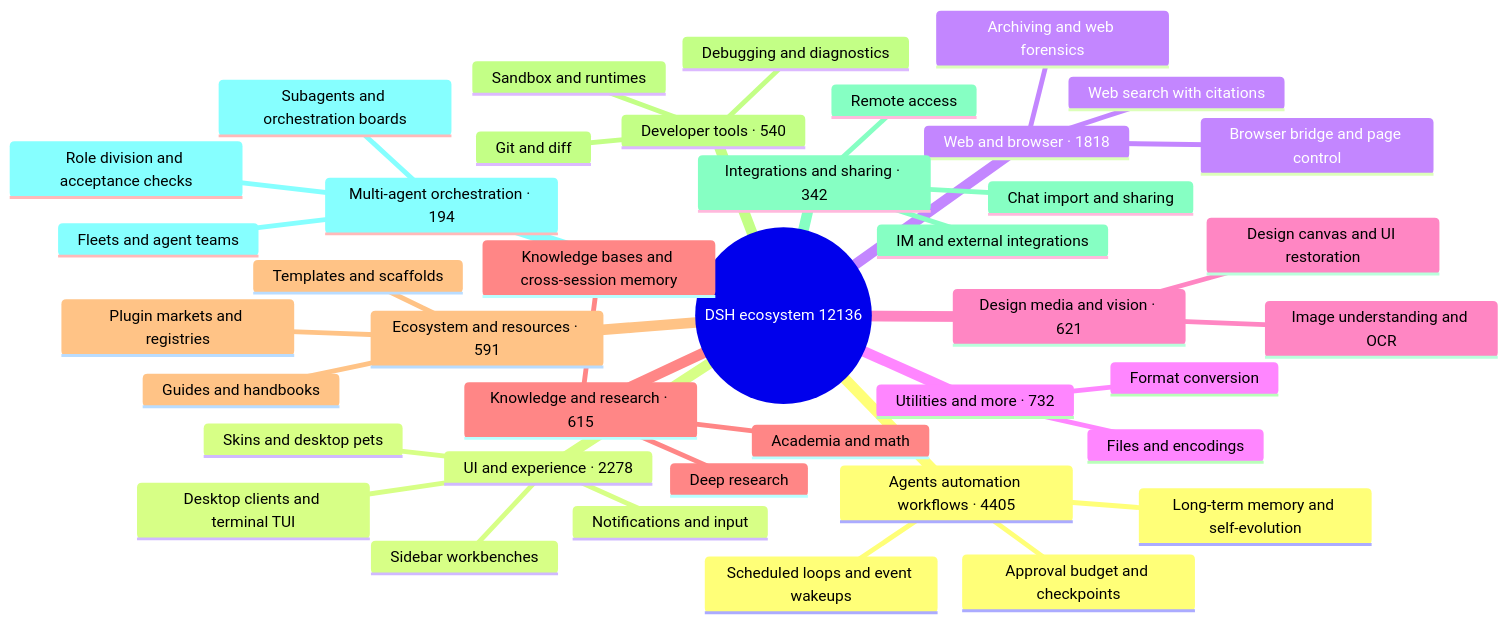
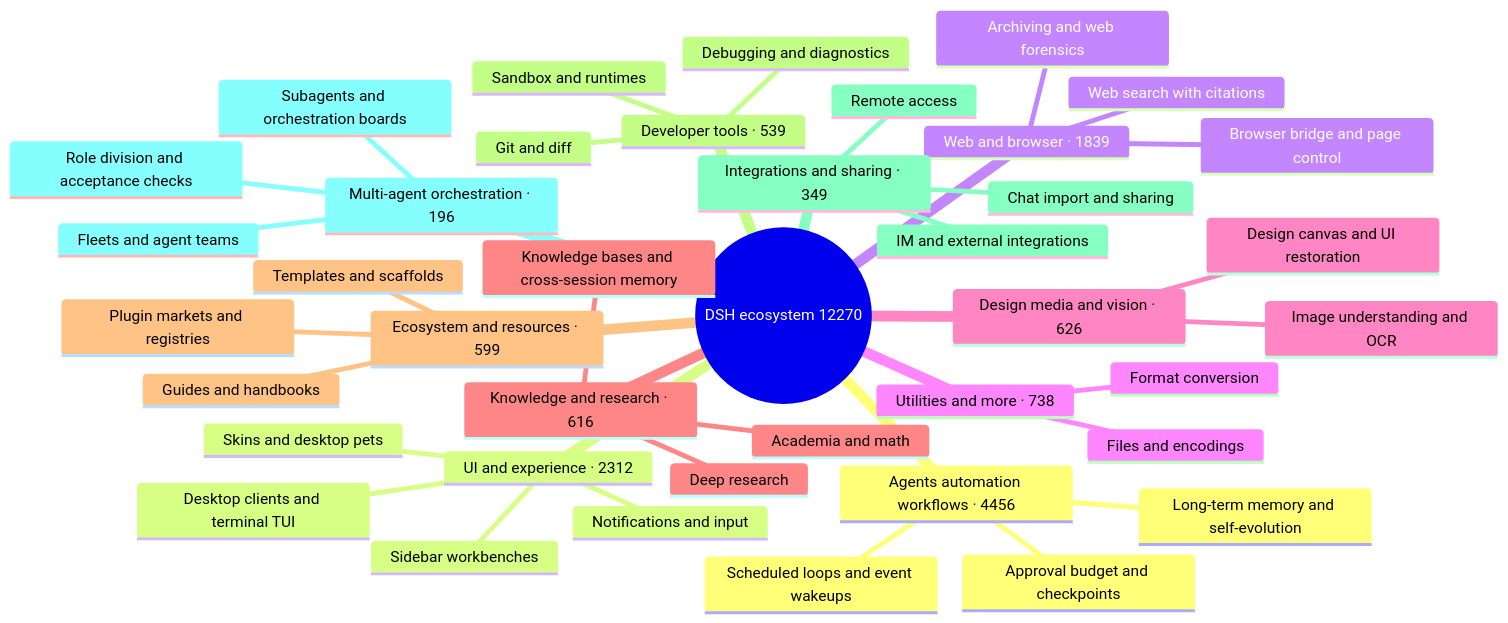
Before and after one commit to BOWLUNA/awesome-dsh-plugin: the diagram in README_EN.md, drawn with Mermaid. The commit also changed other lines of this file and 20 other files, not shown here.

````diff
--- a/README_EN.md
+++ b/README_EN.md
@@ -33,43 +33,43 @@
 ```mermaid
 mindmap
-  root((DSH ecosystem 12136))
-    Agents automation workflows · 4405
+  root((DSH ecosystem 12270))
+    Agents automation workflows · 4456
       Scheduled loops and event wakeups
       Long-term memory and self-evolution
       Approval budget and checkpoints
-    UI and experience · 2278
+    UI and experience · 2312
       Desktop clients and terminal TUI
       Sidebar workbenches
       Skins and desktop pets
       Notifications and input
-    Web and browser · 1818
+    Web and browser · 1839
       Browser bridge and page control
       Web search with citations
       Archiving and web forensics
-    Utilities and more · 732
+    Utilities and more · 738
       Files and encodings
       Format conversion
-    Design media and vision · 621
+    Design media and vision · 626
       Image understanding and OCR
       Design canvas and UI restoration
-    Knowledge and research · 615
+    Knowledge and research · 616
       Knowledge bases and cross-session memory
       Deep research
       Academia and math
-    Ecosystem and resources · 591
+    Ecosystem and resources · 599
       Plugin markets and registries
       Templates and scaffolds
       Guides and handbooks
-    Developer tools · 540
+    Developer tools · 539
       Git and diff
       Sandbox and runtimes
       Debugging and diagnostics
-    Integrations and sharing · 342
+    Integrations and sharing · 349
       Chat import and sharing
       Remote access
       IM and external integrations
-    Multi-agent orchestration · 194
+    Multi-agent orchestration · 196
       Subagents and orchestration boards
       Fleets and agent teams
       Role division and acceptance checks
 ```
````
